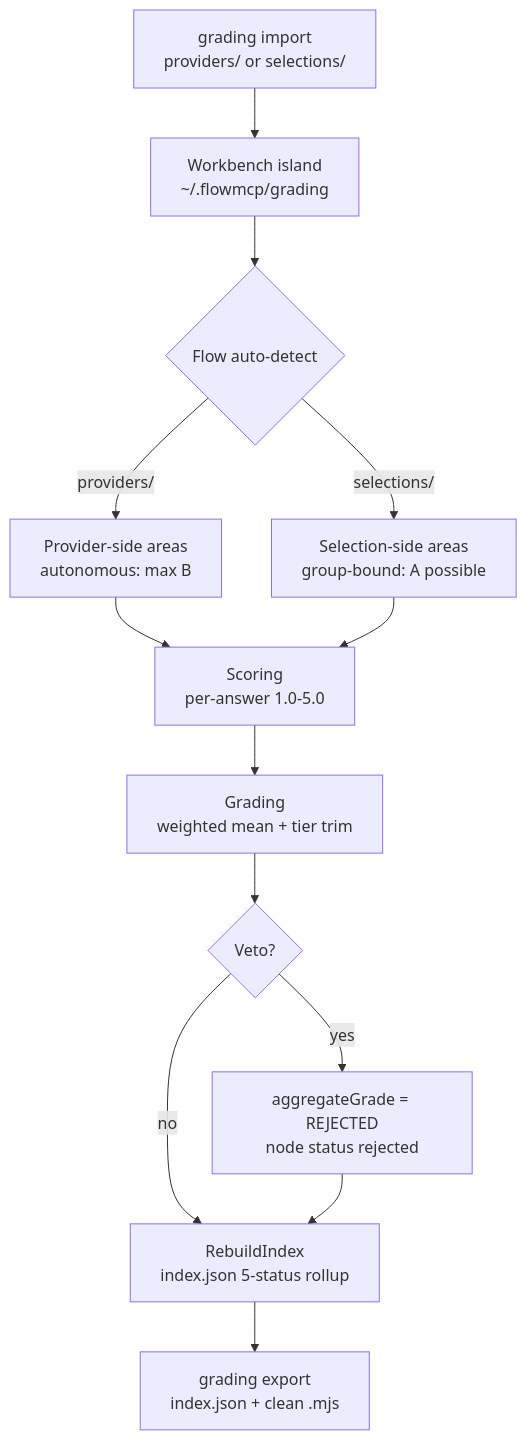
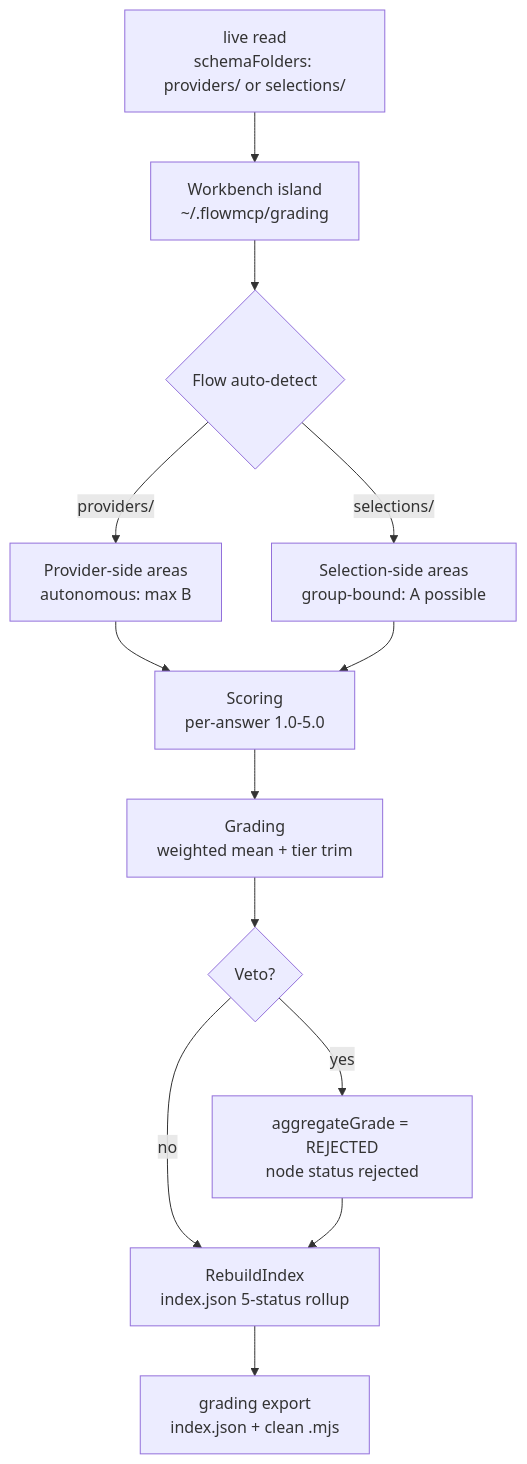
One commit to FlowMCP/flowmcp-grading changed the diagram in README.md. Above: the diagram before and after it, drawn with Mermaid. The commit also changed other lines of this file, not shown here.

Commit message:
README to single grading path #56

````diff
--- a/README.md
+++ b/README.md
@@ -240,15 +242,15 @@
 ```mermaid
 flowchart TD
-    A[grading import<br/>providers/ or selections/] --> B[Workbench island<br/>~/.flowmcp/grading]
+    A[live read<br/>schemaFolders: providers/ or selections/] --> B[Workbench island<br/>~/.flowmcp/grading]
     B --> C{Flow auto-detect}
     C -- providers/ --> D[Provider-side areas<br/>autonomous: max B]
     C -- selections/ --> E[Selection-side areas<br/>group-bound: A possible]
     D --> F[Scoring<br/>per-answer 1.0-5.0]
     E --> F
     F --> G[Grading<br/>weighted mean + tier trim]
     G --> H{Veto?}
     H -- yes --> I[aggregateGrade = REJECTED<br/>node status rejected]
     H -- no --> J[RebuildIndex<br/>index.json 5-status rollup]
     I --> J
     J --> K[grading export<br/>index.json + clean .mjs]
 ```
````
